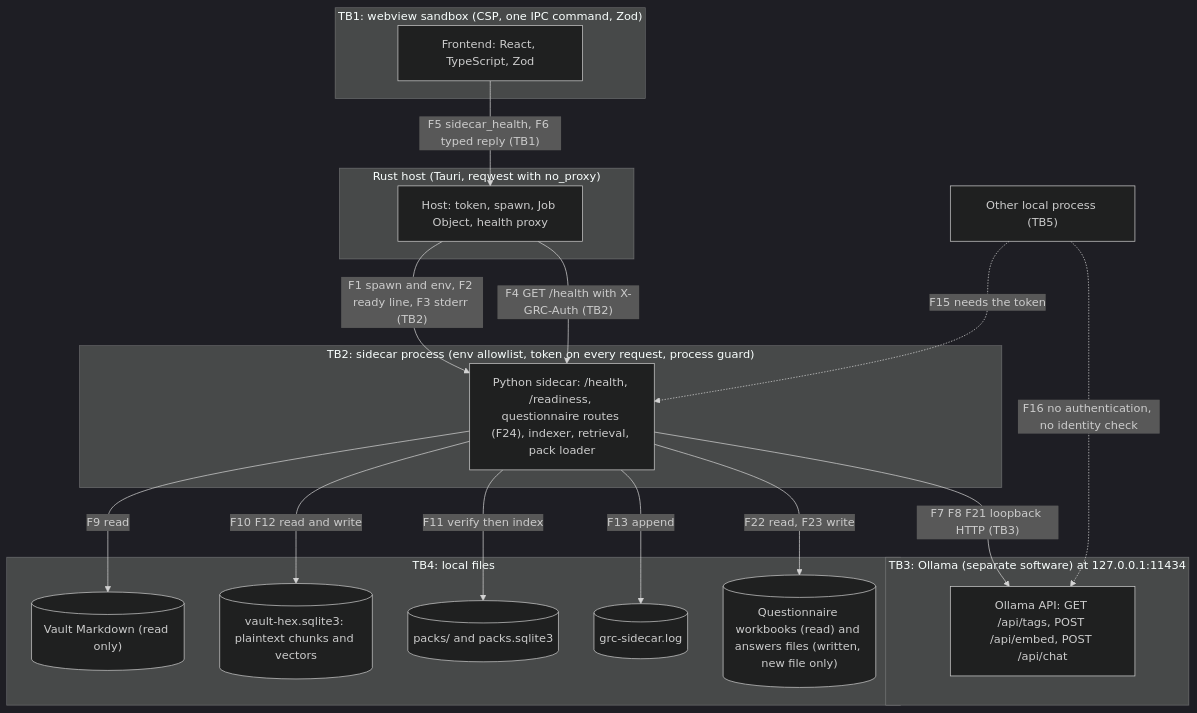
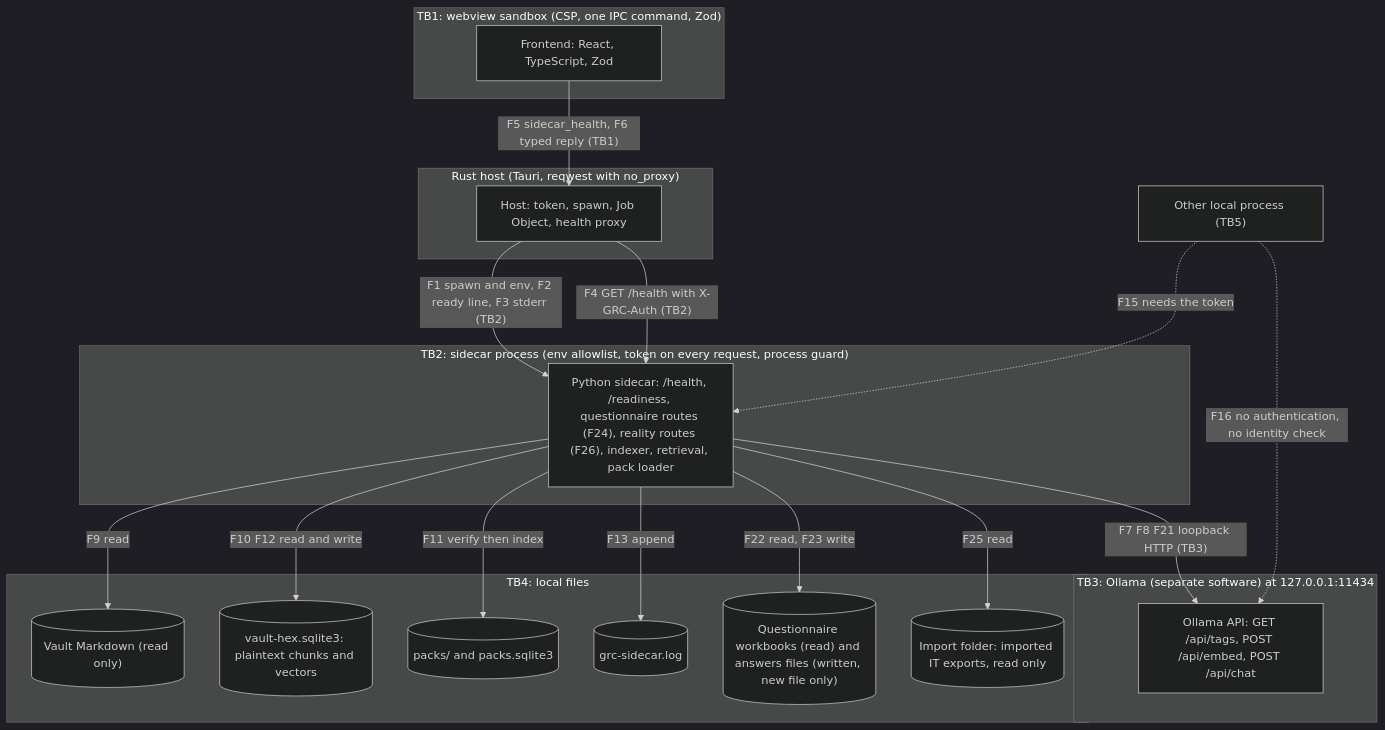
Before and after one commit to mikeperrella/grc-second-brain: the second of 2 diagrams in docs/threat-model.md, drawn with Mermaid (dark theme). The commit also changed other lines of this file and 1 other file, not shown here.

````diff
--- a/docs/threat-model.md
+++ b/docs/threat-model.md
@@ -110,34 +110,36 @@
 ```mermaid
 flowchart TB
   subgraph tb1["TB1: webview sandbox (CSP, one IPC command, Zod)"]
     ui["Frontend: React, TypeScript, Zod"]
   end
   subgraph hostbox["Rust host (Tauri, reqwest with no_proxy)"]
     host["Host: token, spawn, Job Object, health proxy"]
   end
   subgraph tb2["TB2: sidecar process (env allowlist, token on every request, process guard)"]
-    sidecar["Python sidecar: /health, /readiness, questionnaire routes (F24), indexer, retrieval, pack loader"]
+    sidecar["Python sidecar: /health, /readiness, questionnaire routes (F24), reality routes (F26), indexer, retrieval, pack loader"]
   end
   subgraph tb3["TB3: Ollama (separate software) at 127.0.0.1:11434"]
     ollama["Ollama API: GET /api/tags, POST /api/embed, POST /api/chat"]
   end
   subgraph tb4["TB4: local files"]
     vault[("Vault Markdown (read only)")]
     index[("vault-hex.sqlite3: plaintext chunks and vectors")]
     packs[("packs/ and packs.sqlite3")]
     logs[("grc-sidecar.log")]
     qfiles[("Questionnaire workbooks (read) and answers files (written, new file only)")]
+    imports[("Import folder: imported IT exports, read only")]
   end
   rogue["Other local process (TB5)"]
   ui -->|"F5 sidecar_health, F6 typed reply (TB1)"| host
   host -->|"F1 spawn and env, F2 ready line, F3 stderr (TB2)"| sidecar
   host -->|"F4 GET /health with X-GRC-Auth (TB2)"| sidecar
   sidecar -->|"F7 F8 F21 loopback HTTP (TB3)"| ollama
   sidecar -->|"F9 read"| vault
   sidecar -->|"F10 F12 read and write"| index
   sidecar -->|"F11 verify then index"| packs
   sidecar -->|"F13 append"| logs
   sidecar -->|"F22 read, F23 write"| qfiles
+  sidecar -->|"F25 read"| imports
   rogue -.->|"F15 needs the token"| sidecar
   rogue -.->|"F16 no authentication, no identity check"| ollama
 ```
````
